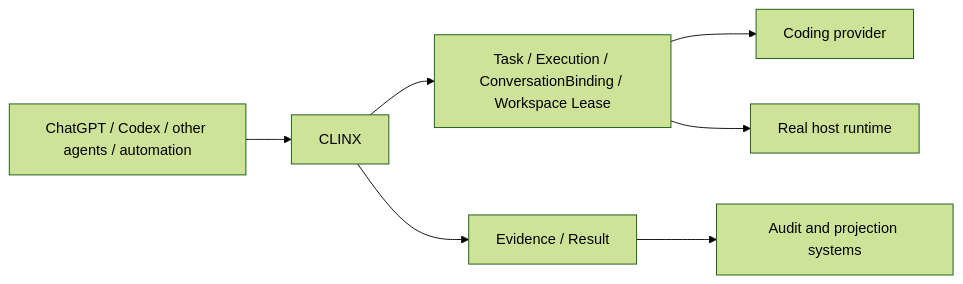
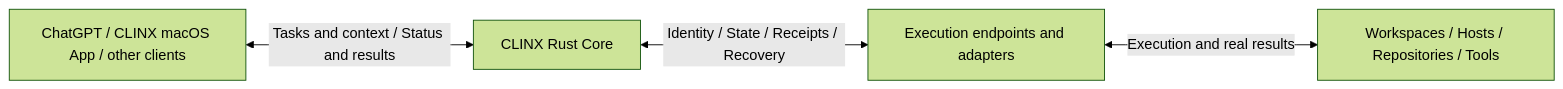
One commit to Pvxlabs/CLINX changed the diagram in README.md. Above: the diagram before and after it, drawn with Mermaid (forest theme). The commit also changed other lines of this file and 3 other files, not shown here.

First line of the commit message:
docs(clinx): define task routing product boundaries

````diff
--- a/README.md
+++ b/README.md
@@ -27,10 +40,7 @@
 ```mermaid
 flowchart LR
-  A[ChatGPT / Codex / other agents / automation]
-  A --> C[CLINX]
-  C --> S[Task / Execution / ConversationBinding / Workspace Lease]
-  C --> E[Evidence / Result]
-  S --> P[Coding provider]
-  S --> H[Real host runtime]
-  E --> L[Audit and projection systems]
+  U[ChatGPT / CLINX macOS App / other clients]
+  U <-->|Tasks and context / Status and results| C[CLINX Rust Core]
+  C <-->|Identity / State / Receipts / Recovery| A[Execution endpoints and adapters]
+  A <-->|Execution and real results| E[Workspaces / Hosts / Repositories / Tools]
 ```
````
